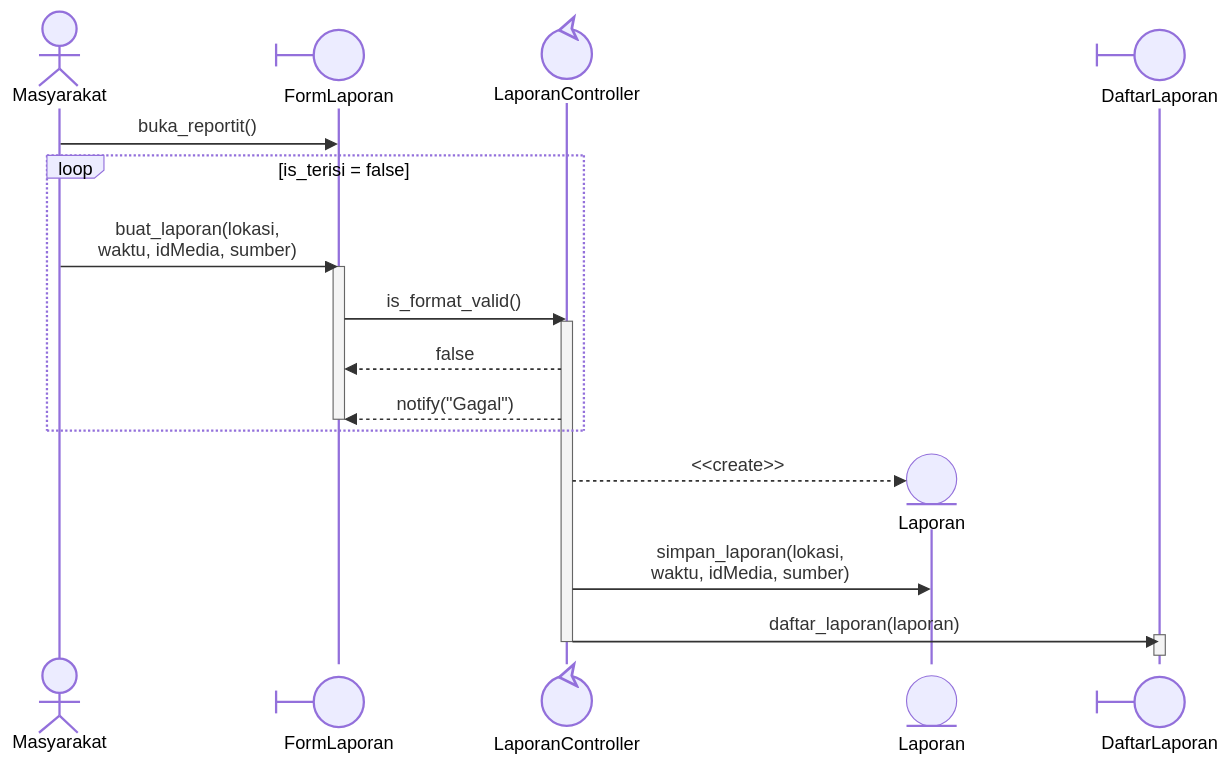
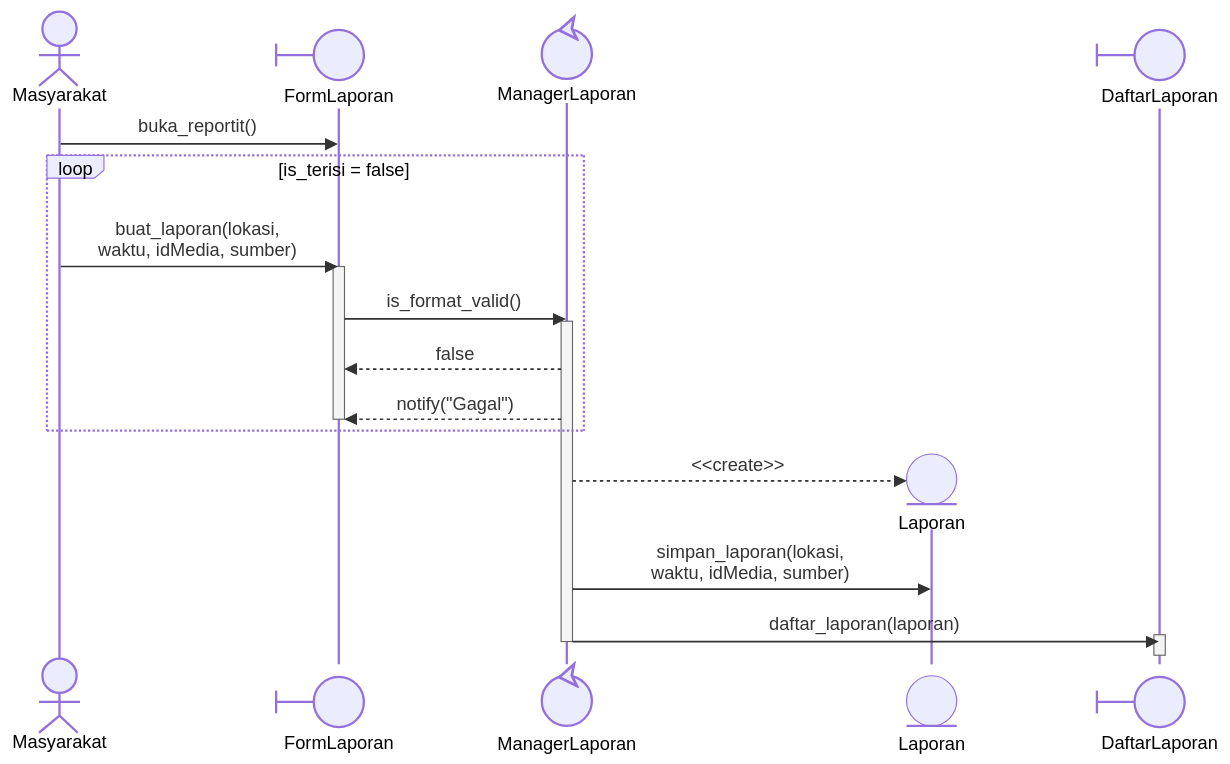
Before and after one commit to star-scripter/IF2150-RPL-K03-G02: the fourth of 28 diagrams in docs/M7/K03_G02_DPPL.md, drawn with Mermaid. The commit also changed other lines of this file, not shown here.

````diff
--- a/docs/M7/K03_G02_DPPL.md
+++ b/docs/M7/K03_G02_DPPL.md
@@ -351,28 +351,28 @@
 ```mermaid
 %%{init: {'themeCSS': '.actor-line { stroke-dasharray: 4, 4; }'}}%%
 sequenceDiagram
     actor M as Masyarakat;
     participant FL@{"type":"boundary"} as FormLaporan;
-    participant LC@{"type":"control"} as LaporanController
+    participant LC@{"type":"control"} as ManagerLaporan
 
     M->>FL: buka_reportit()
     loop is_terisi = false
         M->>FL: buat_laporan(lokasi, <br/>waktu, idMedia, sumber);
         activate FL;
         FL->>LC: is_format_valid()
         activate LC;
         LC-->>FL: false
         LC-->>FL: notify("Gagal")
         deactivate FL;
     end
     
     create participant L@{"type":"entity"} as Laporan;
     LC-->>L: <<create>>
     LC->>L: simpan_laporan(lokasi, <br/>waktu, idMedia, sumber)
     
     participant DL@{"type":"boundary"} as DaftarLaporan;
     LC->>DL: daftar_laporan(laporan)
     activate DL;
     deactivate DL;
     deactivate LC;
 ```
````
